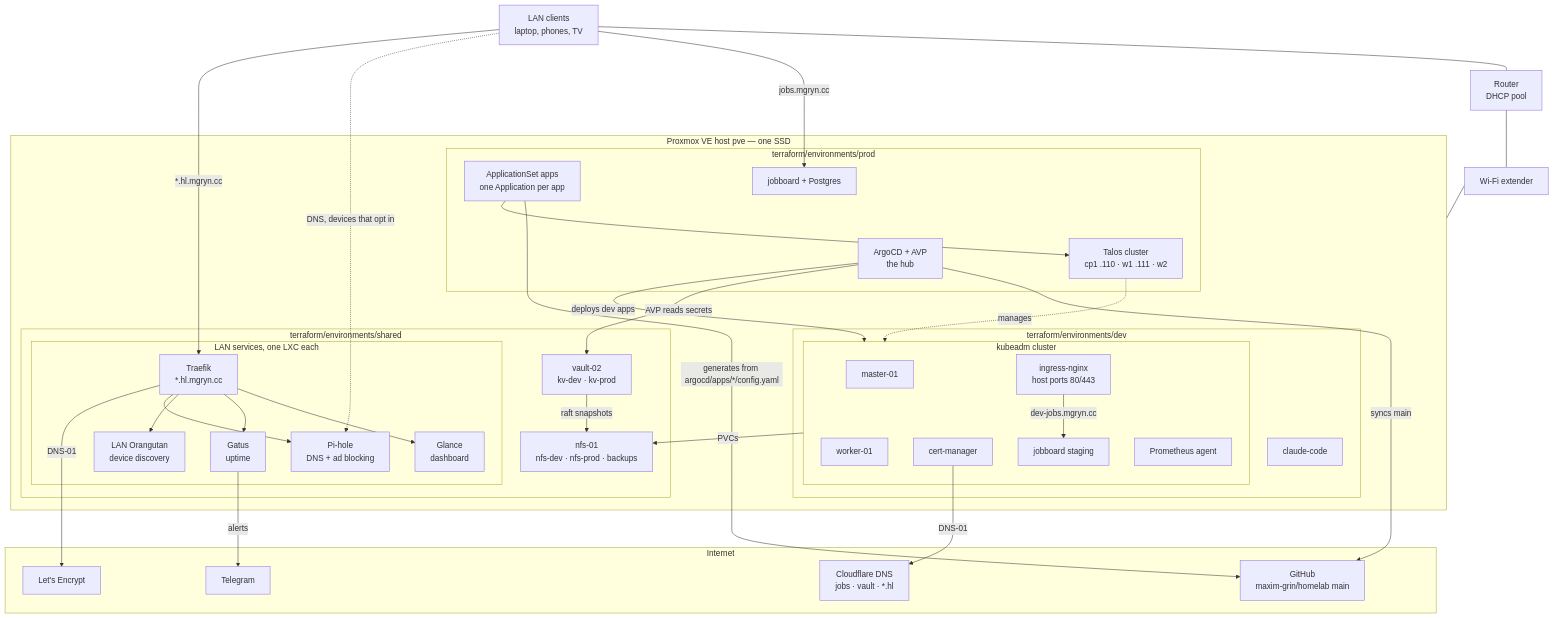
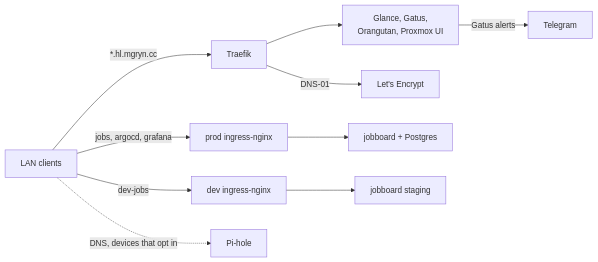
One commit to maxim-grin/homelab changed the third of 3 diagrams in README.md. Above: the diagram before and after it, drawn with Mermaid. The commit also changed other lines of this file, not shown here.

Commit message:
docs: split the README diagram into three
One flowchart held about 30 nodes and 25 edges, so GitHub scaled it
down until the text was unreadable. Replace it with three small ones:
where things run, how a change deploys, and how the LAN reaches things.
The first has no nested subgraphs and none set colours, so GitHub's
light and dark themes apply cleanly.

````diff
--- a/README.md
+++ b/README.md
@@ -13,73 +54,12 @@
 ```mermaid
-flowchart TB
-    subgraph internet["Internet"]
-        github["GitHub<br/>maxim-grin/homelab main"]
-        cloudflare["Cloudflare DNS<br/>jobs · vault · *.hl"]
-        letsencrypt["Let's Encrypt"]
-        telegram["Telegram"]
-    end
-
-    router["Router<br/>DHCP pool"]
-    lan["LAN clients<br/>laptop, phones, TV"]
-    extender["Wi-Fi extender"]
-
-    lan --- router
-    router --- extender
-
-    subgraph pve["Proxmox VE host pve — one SSD"]
-        subgraph dev["terraform/environments/dev"]
-            subgraph k8s["kubeadm cluster"]
-                master["master-01"]
-                w1["worker-01"]
-                ingress["ingress-nginx<br/>host ports 80/443"]
-                certmgr["cert-manager"]
-                jobboard["jobboard staging"]
-                mon["Prometheus agent"]
-            end
-            claude["claude-code"]
-        end
-
-        subgraph shared["terraform/environments/shared"]
-            nfs["nfs-01<br/>nfs-dev · nfs-prod · backups"]
-            vault["vault-02<br/>kv-dev · kv-prod"]
-            subgraph lxcs["LAN services, one LXC each"]
-                pihole["Pi-hole<br/>DNS + ad blocking"]
-                traefik["Traefik<br/>*.hl.mgryn.cc"]
-                glance["Glance<br/>dashboard"]
-                gatus["Gatus<br/>uptime"]
-                orangutan["LAN Orangutan<br/>device discovery"]
-            end
-        end
-
-        subgraph prod["terraform/environments/prod"]
-            talos["Talos cluster<br/>cp1 .110 · w1 .111 · w2"]
-            argocd["ArgoCD + AVP<br/>the hub"]
-            appset["ApplicationSet apps<br/>one Application per app"]
-            prodjob["jobboard + Postgres"]
-        end
-    end
-
-    extender --- pve
-
-    argocd -- "syncs main" --> github
-    argocd -- "AVP reads secrets" --> vault
-    argocd -- "deploys dev apps" --> k8s
-    k8s -- "PVCs" --> nfs
-    vault -- "raft snapshots" --> nfs
-    certmgr -- "DNS-01" --> cloudflare
-    lan -- "jobs.mgryn.cc" --> prodjob
-    ingress -- "dev-jobs.mgryn.cc" --> jobboard
-
-    lan -. "DNS, devices that opt in" .-> pihole
-    lan -- "*.hl.mgryn.cc" --> traefik
-    traefik --> glance
-    traefik --> gatus
-    traefik --> orangutan
-    traefik --> pihole
-    traefik -- "DNS-01" --> letsencrypt
-    gatus -- "alerts" --> telegram
-    talos -. "manages" .-> k8s
-    appset -- "generates from argocd/apps/*/config.yaml" --> github
-    appset --> talos
-
+flowchart LR
+    lan["LAN clients"] -- "*.hl.mgryn.cc" --> traefik["Traefik"]
+    lan -- "jobs, argocd, grafana" --> prodingress["prod ingress-nginx"]
+    lan -- "dev-jobs" --> devingress["dev ingress-nginx"]
+    lan -. "DNS, devices that opt in" .-> pihole["Pi-hole"]
+    traefik --> services["Glance, Gatus,<br/>Orangutan, Proxmox UI"]
+    traefik -- "DNS-01" --> letsencrypt["Let's Encrypt"]
+    prodingress --> jobboard["jobboard + Postgres"]
+    devingress --> staging["jobboard staging"]
+    services -- "Gatus alerts" --> telegram["Telegram"]
 ```
````
